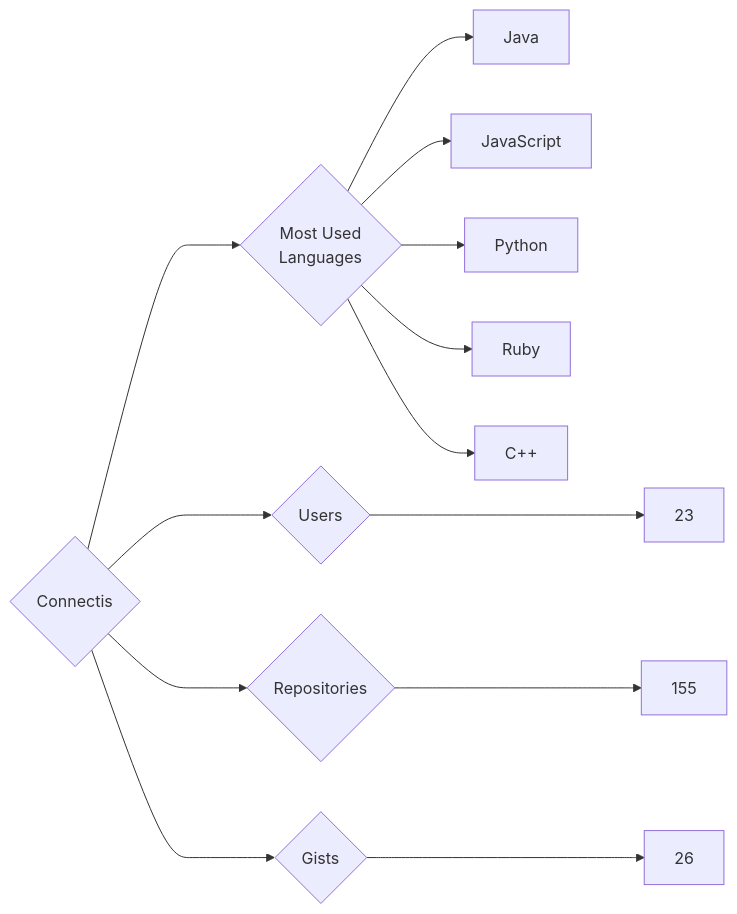
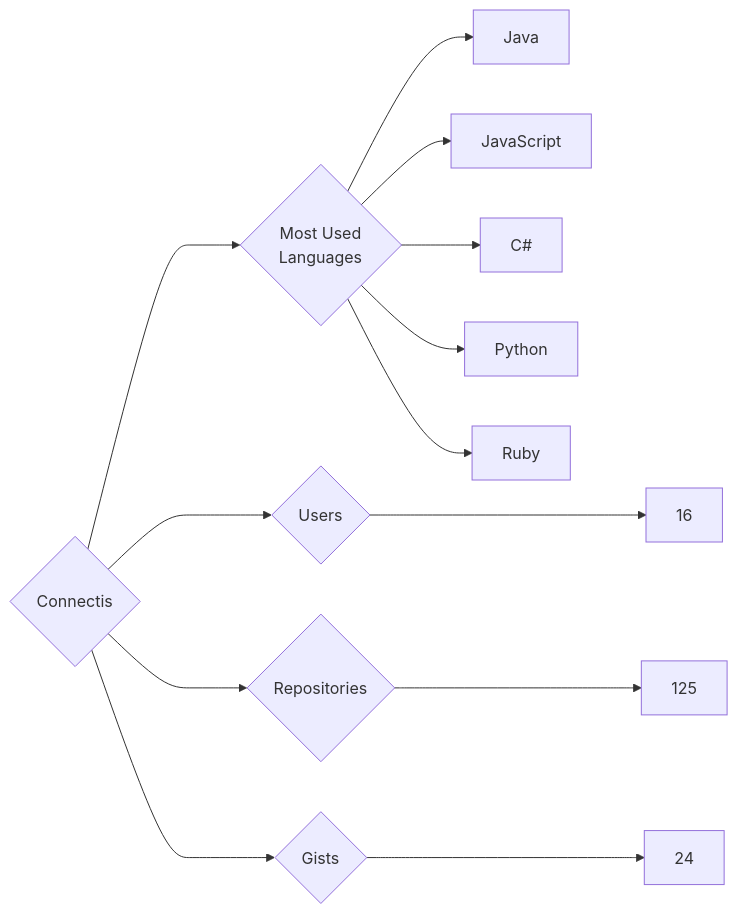
The diagram in targets/Connectis/README.md (trickest/insiders), drawn with Mermaid before and after one commit. The commit also changed 899 other files, not shown here.

````diff
--- a/targets/Connectis/README.md
+++ b/targets/Connectis/README.md
@@ -3,13 +3,13 @@
 ```mermaid
 graph LR
 COMPANY_NAME{Connectis}
-COMPANY_NAME ---> U{Users} ---> UN[23]
-COMPANY_NAME ---> R{Repositories} ---> RN[155]
-COMPANY_NAME ---> G{Gists} ---> GN[26]
+COMPANY_NAME ---> U{Users} ---> UN[16]
+COMPANY_NAME ---> R{Repositories} ---> RN[125]
+COMPANY_NAME ---> G{Gists} ---> GN[24]
 COMPANY_NAME ---> ML{Most Used<br>Languages}
 ML --> Java[Java]
 ML --> JavaScript[JavaScript]
+ML --> C#[C#]
 ML --> Python[Python]
 ML --> Ruby[Ruby]
-ML --> C++[C++]
 ```
````
